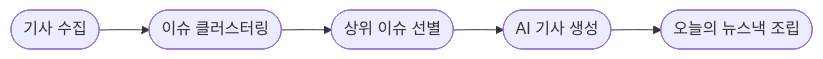
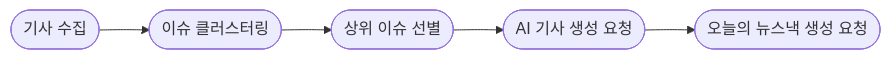
One commit to 23tae/23tae.github.io changed the first of 2 diagrams in _posts/project/newsnack/2026-02-23-newsnack-airflow-pipeline.md. Above: the diagram before and after it, drawn with Mermaid. The commit also changed other lines of this file, not shown here.

````diff
--- a/_posts/project/newsnack/2026-02-23-newsnack-airflow-pipeline.md
+++ b/_posts/project/newsnack/2026-02-23-newsnack-airflow-pipeline.md
@@ -11,7 +13,7 @@
 ```mermaid
 flowchart LR
     A([기사 수집]) --> B([이슈 클러스터링])
     B --> C([상위 이슈 선별])
-    C --> D([AI 기사 생성])
-    D --> E([오늘의 뉴스낵 조립])
+    C --> D([AI 기사 생성 요청])
+    D --> E([오늘의 뉴스낵 생성 요청])
 ```
````
